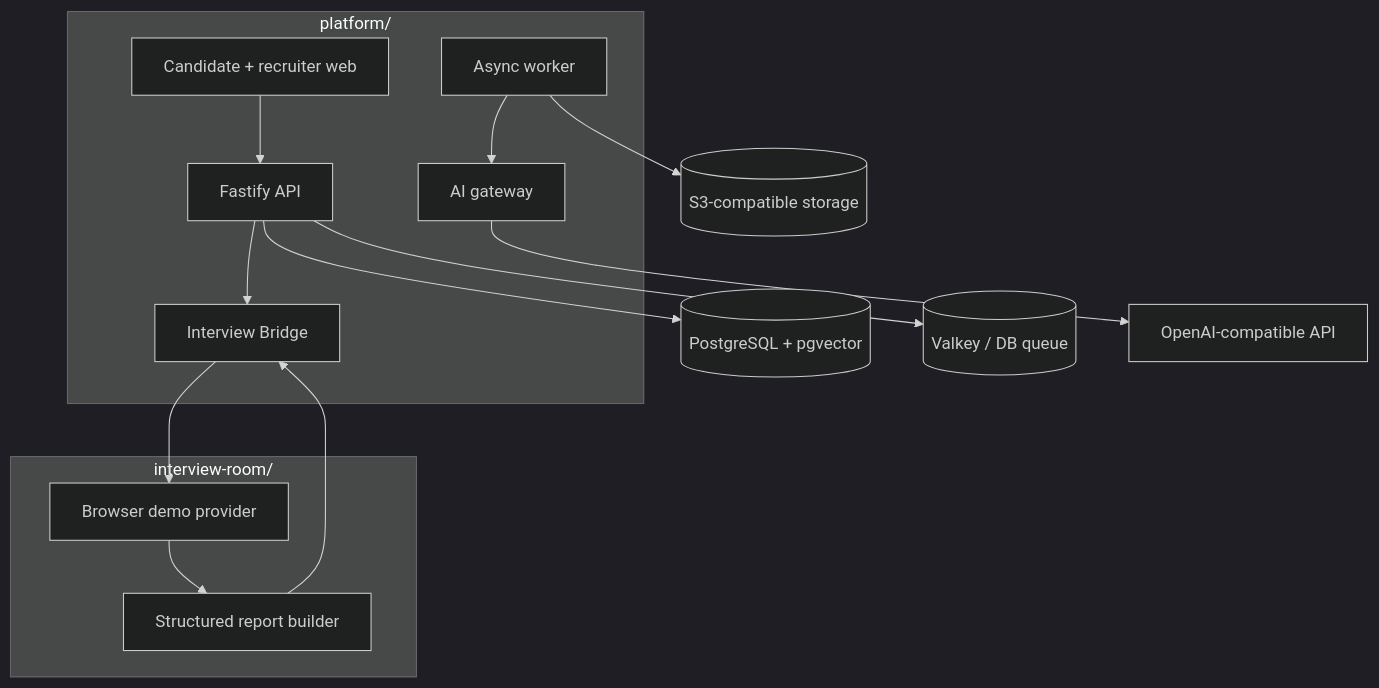
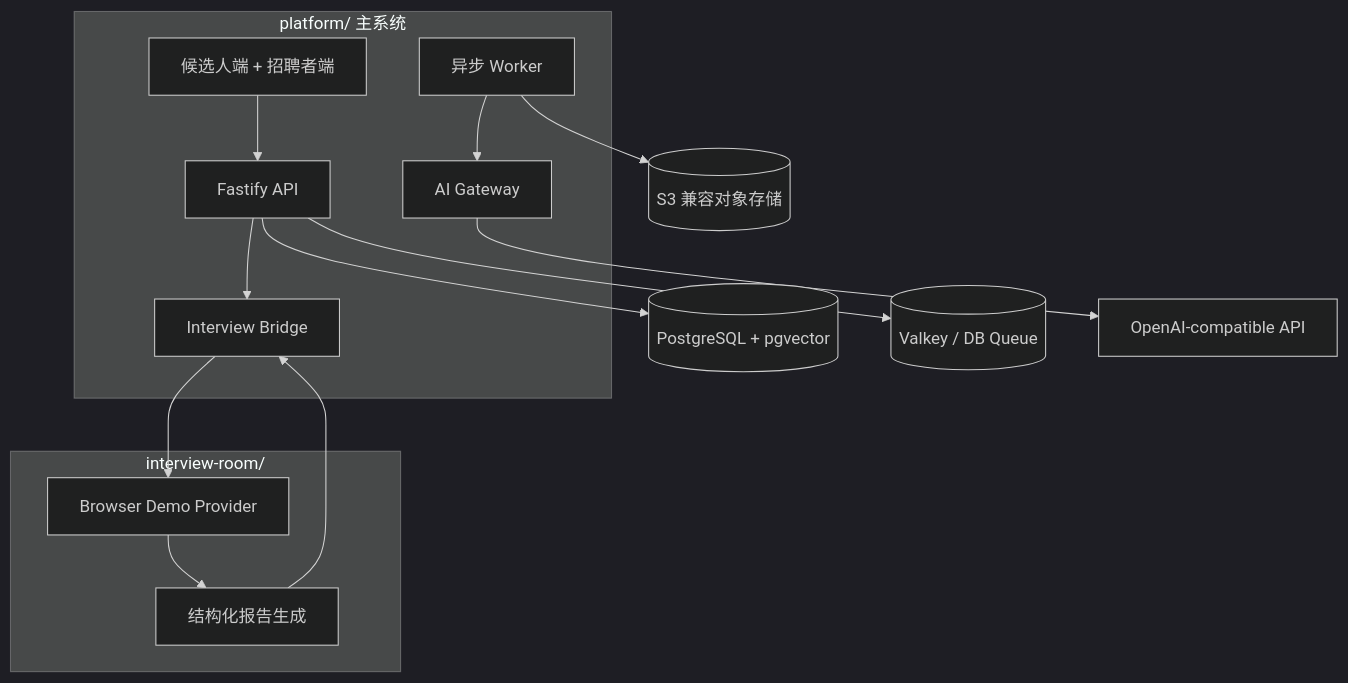
One commit to JingjieXiong/recruit-ai-platform changed the second of 2 diagrams in README.md. Above: the diagram before and after it, drawn with Mermaid (dark theme). The commit also changed other lines of this file and 2 other files, not shown here.

````diff
--- a/README.md
+++ b/README.md
@@ -50,31 +60,31 @@
 ```mermaid
 flowchart TB
-    subgraph Platform["platform/"]
-        Web["Candidate + recruiter web"]
+    subgraph Platform["platform/ 主系统"]
+        Web["候选人端 + 招聘者端"]
         API["Fastify API"]
-        Worker["Async worker"]
-        Gateway["AI gateway"]
+        Worker["异步 Worker"]
+        Gateway["AI Gateway"]
         Bridge["Interview Bridge"]
     end
 
     subgraph Runtime["interview-room/"]
-        Provider["Browser demo provider"]
-        Report["Structured report builder"]
+        Provider["Browser Demo Provider"]
+        Report["结构化报告生成"]
     end
 
     Data[("PostgreSQL + pgvector")]
-    Queue[("Valkey / DB queue")]
-    Objects[("S3-compatible storage")]
+    Queue[("Valkey / DB Queue")]
+    Objects[("S3 兼容对象存储")]
     Model["OpenAI-compatible API"]
 
     Web --> API
     API --> Data
     API --> Queue
     Worker --> Gateway
     Gateway --> Model
     API --> Bridge
     Bridge --> Provider
     Provider --> Report
     Report --> Bridge
     Worker --> Objects
 ```
````
